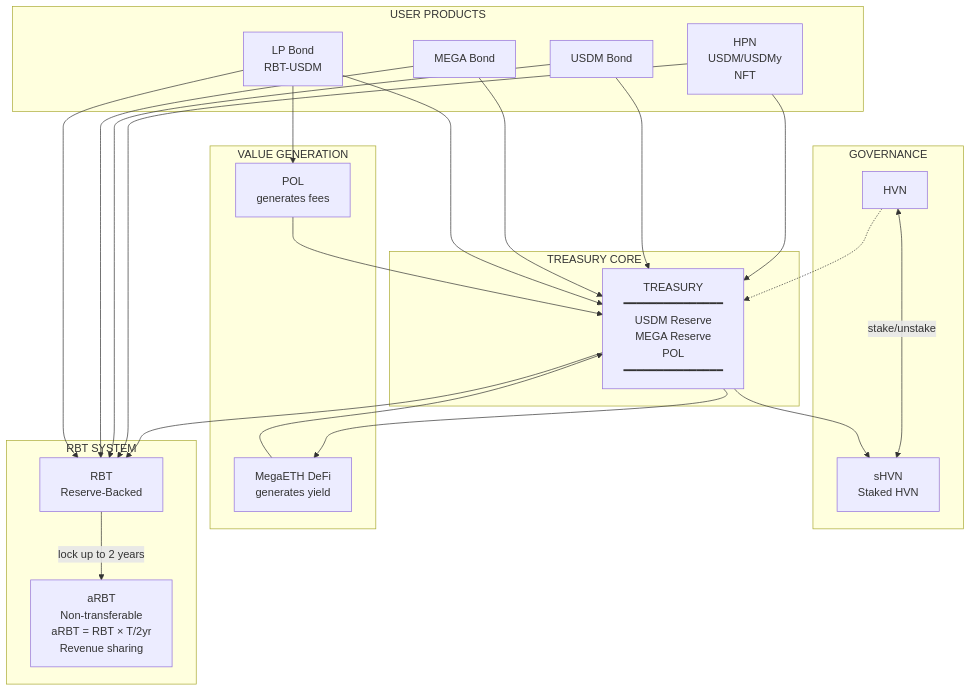
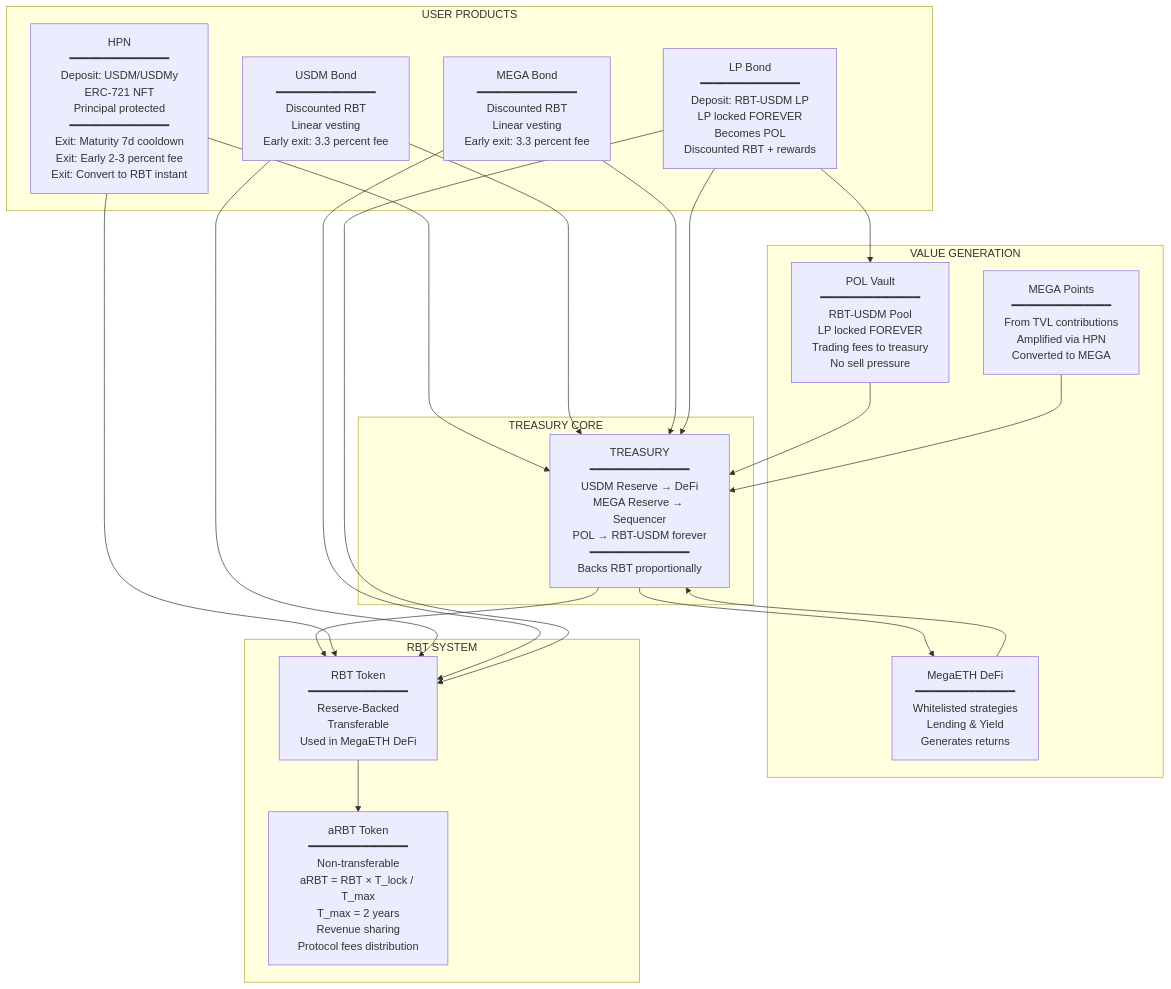
One commit to 0xJaehaerys/ohmega changed the diagram in blackhaven-complete-system.md. Above: the diagram before and after it, drawn with Mermaid.

Commit message:
Add detailed info to all blocks, remove HVN/sHVN governance, expand POL details

````diff
--- a/blackhaven-complete-system.md
+++ b/blackhaven-complete-system.md
@@ -5,54 +5,52 @@
 ```mermaid
 graph TB
-    subgraph "GOVERNANCE"
-        HVN[HVN]
-        SHVN[sHVN<br/>Staked HVN]
+    subgraph "USER PRODUCTS"
+        HPN[HPN<br/>━━━━━━━━━━━━━━━<br/>Deposit: USDM/USDMy<br/>ERC-721 NFT<br/>Principal protected<br/>━━━━━━━━━━━━━━━<br/>Exit: Maturity 7d cooldown<br/>Exit: Early 2-3 percent fee<br/>Exit: Convert to RBT instant]
         
-        HVN <-->|stake/unstake| SHVN
-    end
-    
-    subgraph "USER PRODUCTS"
-        HPN[HPN<br/>USDM/USDMy<br/>NFT]
-        BOND_USDM[USDM Bond]
-        BOND_MEGA[MEGA Bond]
-        LP_BOND[LP Bond<br/>RBT-USDM]
+        BOND_USDM[USDM Bond<br/>━━━━━━━━━━━━━━━<br/>Discounted RBT<br/>Linear vesting<br/>Early exit: 3.3 percent fee]
+        
+        BOND_MEGA[MEGA Bond<br/>━━━━━━━━━━━━━━━<br/>Discounted RBT<br/>Linear vesting<br/>Early exit: 3.3 percent fee]
+        
+        LP_BOND[LP Bond<br/>━━━━━━━━━━━━━━━<br/>Deposit: RBT-USDM LP<br/>LP locked FOREVER<br/>Becomes POL<br/>Discounted RBT + rewards]
     end
     
     subgraph "TREASURY CORE"
-        TREASURY[TREASURY<br/>━━━━━━━━━━━━━━━<br/>USDM Reserve<br/>MEGA Reserve<br/>POL<br/>━━━━━━━━━━━━━━━]
+        TREASURY[TREASURY<br/>━━━━━━━━━━━━━━━<br/>USDM Reserve → DeFi<br/>MEGA Reserve → Sequencer<br/>POL → RBT-USDM forever<br/>━━━━━━━━━━━━━━━<br/>Backs RBT proportionally]
     end
     
     subgraph "VALUE GENERATION"
-        MEGAETH_DEFI[MegaETH DeFi<br/>generates yield]
-        POL_FEES[POL<br/>generates fees]
+        MEGAETH_DEFI[MegaETH DeFi<br/>━━━━━━━━━━━━━━━<br/>Whitelisted strategies<br/>Lending & Yield<br/>Generates returns]
+        
+        POL_VAULT[POL Vault<br/>━━━━━━━━━━━━━━━<br/>RBT-USDM Pool<br/>LP locked FOREVER<br/>Trading fees to treasury<br/>No sell pressure]
+        
+        MEGA_POINTS[MEGA Points<br/>━━━━━━━━━━━━━━━<br/>From TVL contributions<br/>Amplified via HPN<br/>Converted to MEGA]
     end
     
     subgraph "RBT SYSTEM"
-        RBT[RBT<br/>Reserve-Backed]
-        ARBT[aRBT<br/>Non-transferable<br/>aRBT = RBT × T/2yr<br/>Revenue sharing]
+        RBT[RBT Token<br/>━━━━━━━━━━━━━━━<br/>Reserve-Backed<br/>Transferable<br/>Used in MegaETH DeFi]
         
-        RBT -->|lock up to 2 years| ARBT
+        ARBT[aRBT Token<br/>━━━━━━━━━━━━━━━<br/>Non-transferable<br/>aRBT = RBT × T_lock / T_max<br/>T_max = 2 years<br/>Revenue sharing<br/>Protocol fees distribution]
+        
+        RBT --> ARBT
     end
     
     HPN --> TREASURY
     BOND_USDM --> TREASURY
     BOND_MEGA --> TREASURY
     LP_BOND --> TREASURY
     
+    LP_BOND --> POL_VAULT
+    
     TREASURY --> MEGAETH_DEFI
     MEGAETH_DEFI --> TREASURY
     
-    LP_BOND --> POL_FEES
-    POL_FEES --> TREASURY
+    POL_VAULT --> TREASURY
+    MEGA_POINTS --> TREASURY
     
     TREASURY --> RBT
     
     HPN --> RBT
     BOND_USDM --> RBT
     BOND_MEGA --> RBT
     LP_BOND --> RBT
-    
-    TREASURY --> SHVN
-    
-    HVN -.-> TREASURY
 ```
````
